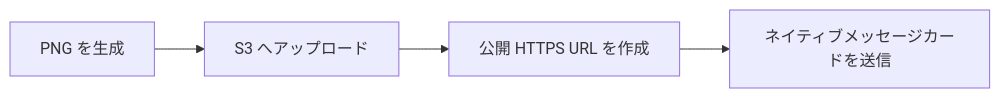
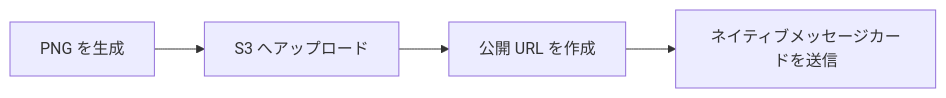
The second of 2 diagrams in README.ja.md (TenviLi/splatoon3-bot), drawn with Mermaid before and after one commit. The commit also changed other lines of this file and 11 other files, not shown here.

````diff
--- a/README.ja.md
+++ b/README.ja.md
@@ -301,6 +301,6 @@
 ```mermaid
 flowchart LR
   render["PNG を生成"] --> upload["S3 へアップロード"]
-  upload --> publicUrl["公開 HTTPS URL を作成"]
+  upload --> publicUrl["公開 URL を作成"]
   publicUrl --> message["ネイティブメッセージカードを送信"]
 ```
````
